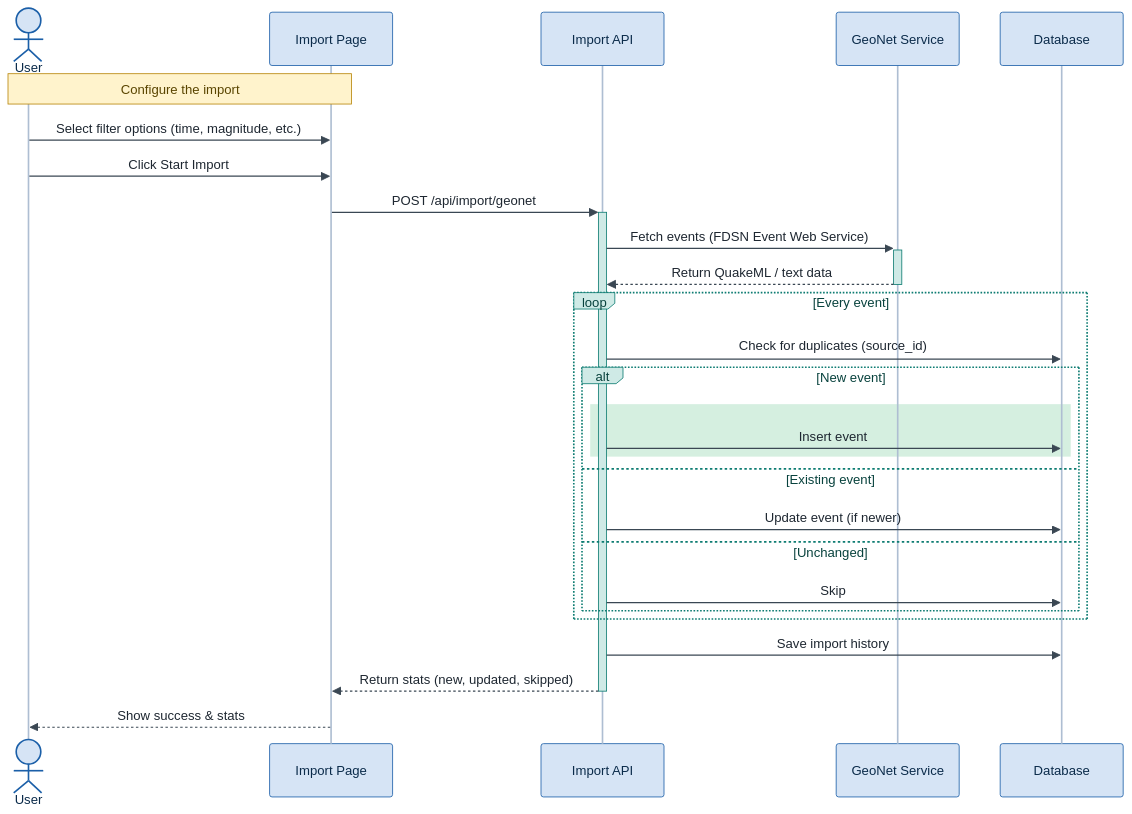
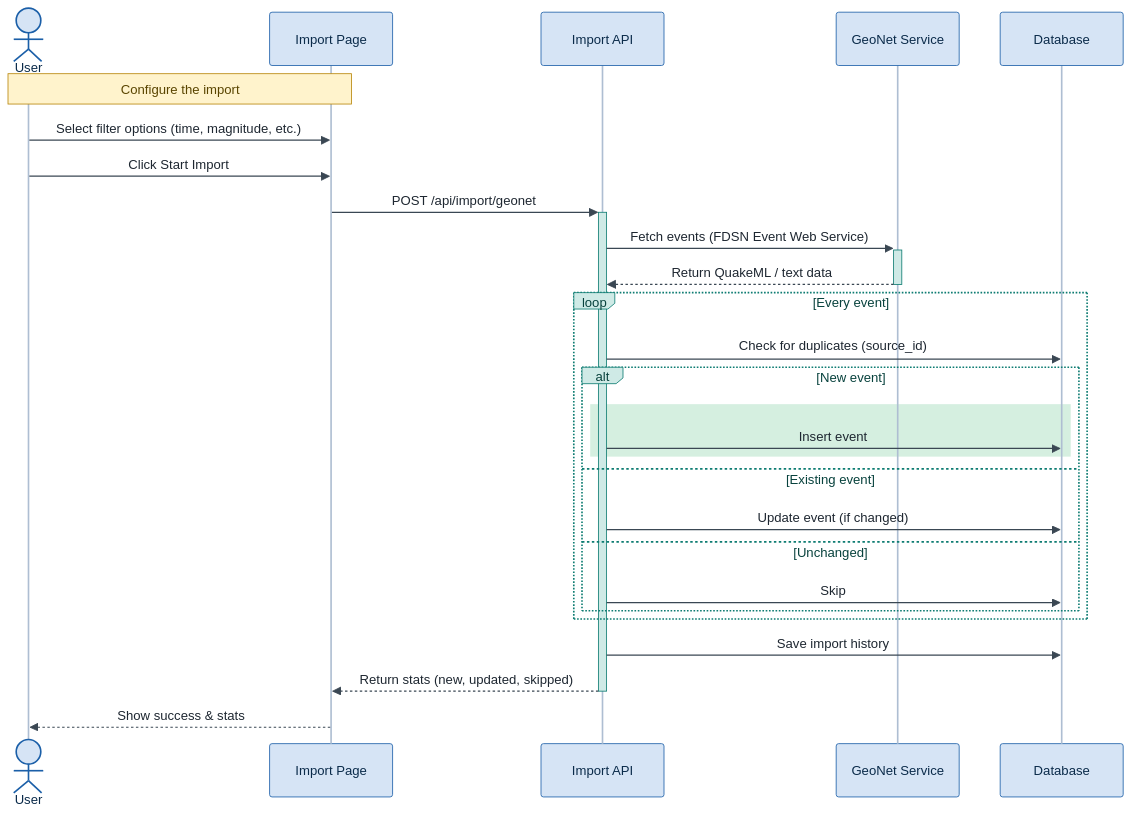
The diagram in docs/source/appendix/geonet_import_implementation_summary.rst (KennyGraham1/catalogofcatalogs), drawn with Mermaid before and after one commit. The commit also changed other lines of this file and 396 other files, not shown here.

```diff
--- a/docs/source/appendix/geonet_import_implementation_summary.rst
+++ b/docs/source/appendix/geonet_import_implementation_summary.rst
@@ -41,36 +46,36 @@
 .. mermaid::
    :align: center
 
    %%{init: {"theme":"base","themeVariables":{"fontFamily":"Inter, \"Helvetica Neue\", Arial, sans-serif","fontSize":"14px","actorBkg":"#D6E4F5","actorBorder":"#1B5FA8","actorTextColor":"#0B2B4A","actorLineColor":"#AEBED2","signalColor":"#3A4753","signalTextColor":"#1E2731","labelBoxBkgColor":"#CFEAE6","labelBoxBorderColor":"#0E7C72","labelTextColor":"#08423D","loopTextColor":"#08423D","noteBkgColor":"#FFF3CC","noteBorderColor":"#B8860B","noteTextColor":"#5A4500","activationBkgColor":"#CFEAE6","activationBorderColor":"#0E7C72"}}}%%
    sequenceDiagram
        actor User
        participant UI as Import Page
        participant API as Import API
        participant GNS as GeoNet Service
        participant DB as Database
 
        Note over User,UI: Configure the import
        User->>UI: Select filter options (time, magnitude, etc.)
        User->>UI: Click Start Import
        UI->>+API: POST /api/import/geonet
 
        API->>+GNS: Fetch events (FDSN Event Web Service)
        GNS-->>-API: Return QuakeML / text data
 
        loop Every event
            API->>DB: Check for duplicates (source_id)
            alt New event
                rect rgb(213,239,224)
                API->>DB: Insert event
                end
            else Existing event
-               API->>DB: Update event (if newer)
+               API->>DB: Update event (if changed)
            else Unchanged
                API->>DB: Skip
            end
        end
 
        API->>DB: Save import history
        API-->>UI: Return stats (new, updated, skipped)
        deactivate API
        UI-->>User: Show success & stats
```
